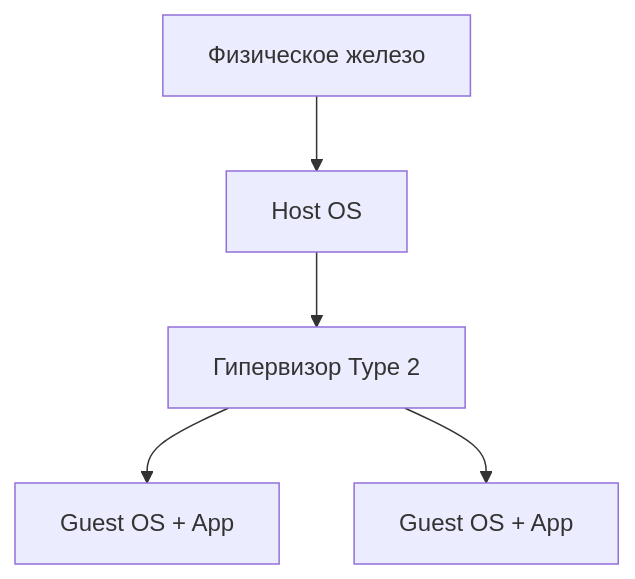
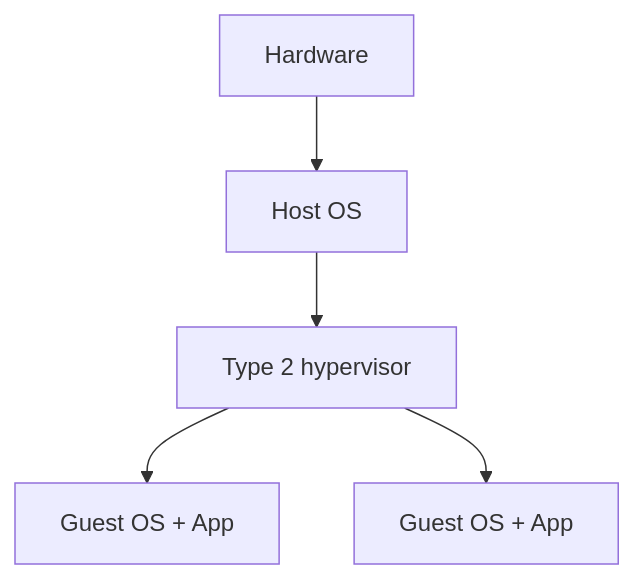
One commit to Kert0n/KPO changed the fourth of 16 diagrams in lectures/Lec9/vitepress.md. Above: the diagram before and after it, drawn with Mermaid. The commit also changed other lines of this file and 9 other files, not shown here.

````diff
--- a/lectures/Lec9/vitepress.md
+++ b/lectures/Lec9/vitepress.md
@@ -89,7 +120,7 @@
 ```mermaid
 flowchart TD
-    Hardware[Физическое железо] --> HostOS[Host OS]
-    HostOS --> Hypervisor[Гипервизор Type 2]
-    Hypervisor --> VM1[Guest OS + App]
-    Hypervisor --> VM2[Guest OS + App]
+    Hardware["Hardware"] --> Host["Host OS"]
+    Host --> Hypervisor["Type 2 hypervisor"]
+    Hypervisor --> Guest1["Guest OS + App"]
+    Hypervisor --> Guest2["Guest OS + App"]
 ```
````
